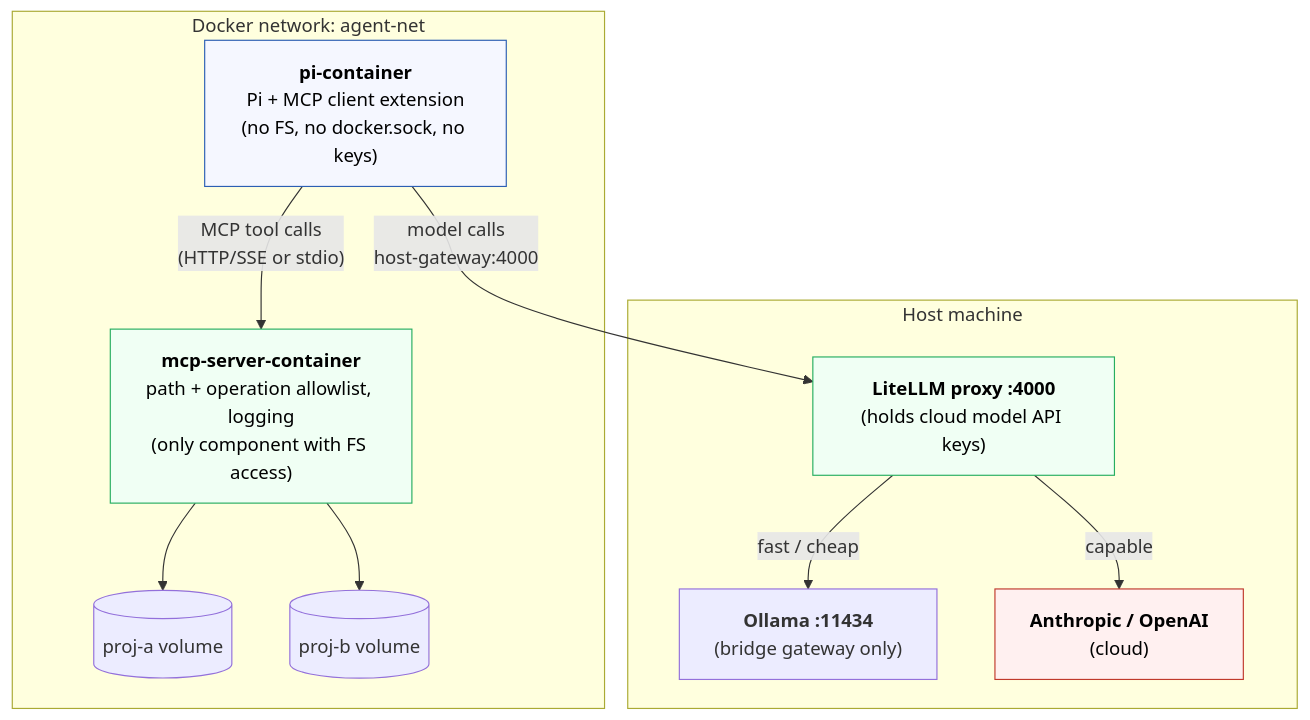
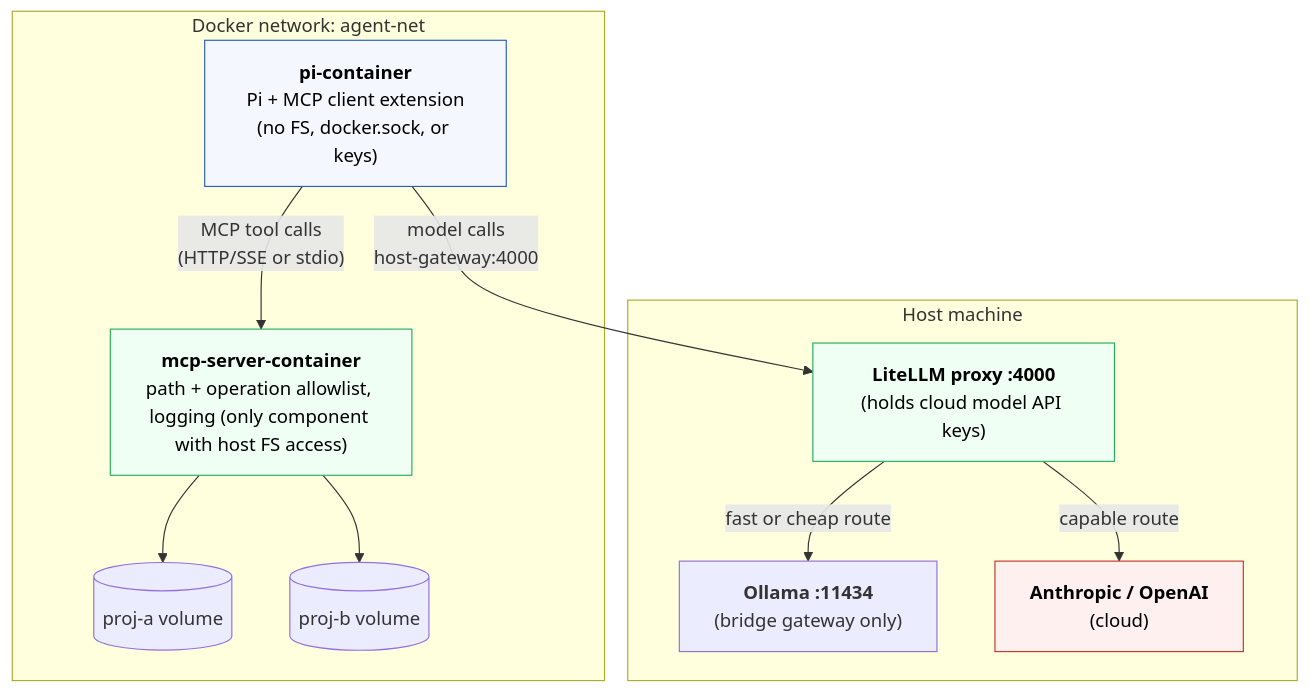
The fourth of 4 diagrams in docs/solution.md (kieranpotts/genie), drawn with Mermaid before and after one commit. The commit also changed other lines of this file and 5 other files, not shown here.

````diff
--- a/docs/solution.md
+++ b/docs/solution.md
@@ -215,30 +194,30 @@
 ```mermaid
 flowchart TB
   subgraph Host["Host machine"]
     Ollama["<b>Ollama :11434</b><br/>(bridge gateway only)"]
     Proxy["<b>LiteLLM proxy :4000</b><br/>(holds cloud model API keys)"]
     Cloud["<b>Anthropic / OpenAI</b><br/>(cloud)"]
-    Proxy -->|"capable"| Cloud
-    Proxy -->|"fast / cheap"| Ollama
+    Proxy -->|"capable route"| Cloud
+    Proxy -->|"fast or cheap route"| Ollama
   end
 
   subgraph Net["Docker network: agent-net"]
-    Pi["<b>pi-container</b><br/>Pi + MCP client extension<br/>(no FS, no docker.sock, no keys)"]
-    MCP["<b>mcp-server-container</b><br/>path + operation allowlist, logging<br/>(only component with FS access)"]
+    Pi["<b>pi-container</b><br/>Pi + MCP client extension<br/>(no FS, docker.sock, or keys)"]
+    MCP["<b>mcp-server-container</b><br/>path + operation allowlist, logging (only component with host FS access)"]
     VolA[("proj-a volume")]
     VolB[("proj-b volume")]
 
     Pi -->|"MCP tool calls<br/>(HTTP/SSE or stdio)"| MCP
     MCP --> VolA
     MCP --> VolB
   end
 
   Pi -->|"model calls<br/>host-gateway:4000"| Proxy
 
   classDef danger fill:#fff0f0,stroke:#c0392b,color:#000;
   classDef guard fill:#f0fff4,stroke:#27ae60,color:#000;
   classDef agent fill:#f5f7ff,stroke:#2c5fb3,color:#000;
   class Proxy,MCP guard;
   class Pi agent;
   class Cloud danger;
 ```
````
